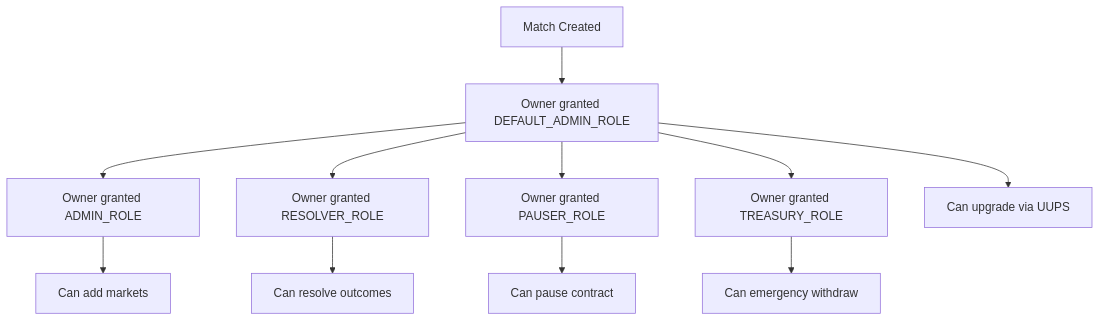
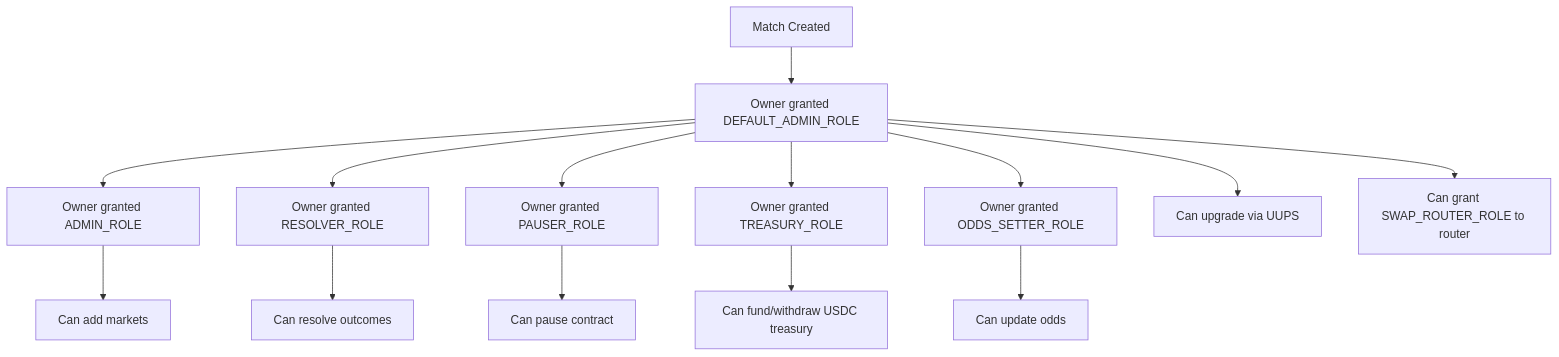
The third of 3 diagrams in ARCHITECTURE.md (ChilizTV/smart-contracts), drawn with Mermaid before and after one commit. The commit also changed other lines of this file and 17 other files, not shown here.

````diff
--- a/ARCHITECTURE.md
+++ b/ARCHITECTURE.md
@@ -380,13 +402,16 @@
 ```mermaid
 graph TD
     A[Match Created] --> B[Owner granted DEFAULT_ADMIN_ROLE]
     B --> C[Owner granted ADMIN_ROLE]
     B --> D[Owner granted RESOLVER_ROLE]
     B --> E[Owner granted PAUSER_ROLE]
     B --> F[Owner granted TREASURY_ROLE]
-    C --> G[Can add markets]
-    D --> H[Can resolve outcomes]
-    E --> I[Can pause contract]
-    F --> J[Can emergency withdraw]
-    B --> K[Can upgrade via UUPS]
+    B --> G[Owner granted ODDS_SETTER_ROLE]
+    C --> H[Can add markets]
+    G --> I[Can update odds]
+    D --> J[Can resolve outcomes]
+    E --> K[Can pause contract]
+    F --> L[Can fund/withdraw USDC treasury]
+    B --> M[Can upgrade via UUPS]
+    B --> N[Can grant SWAP_ROUTER_ROLE to router]
 ```
````
